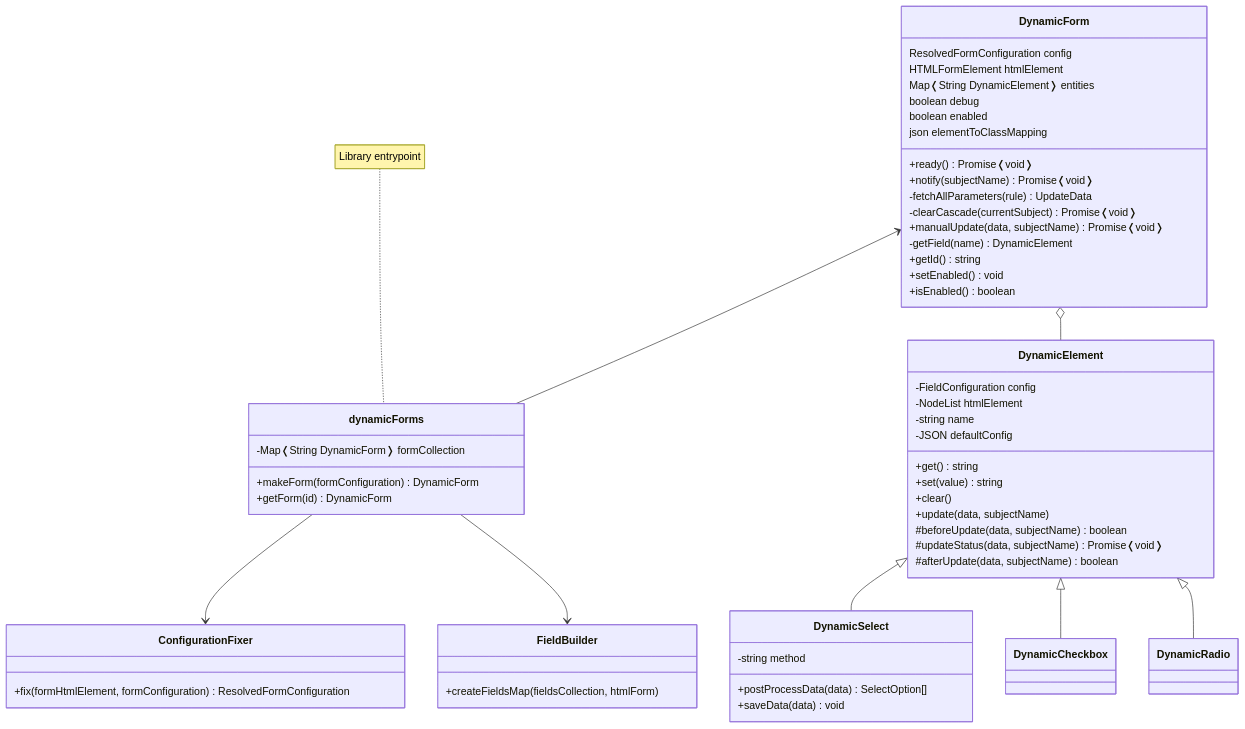
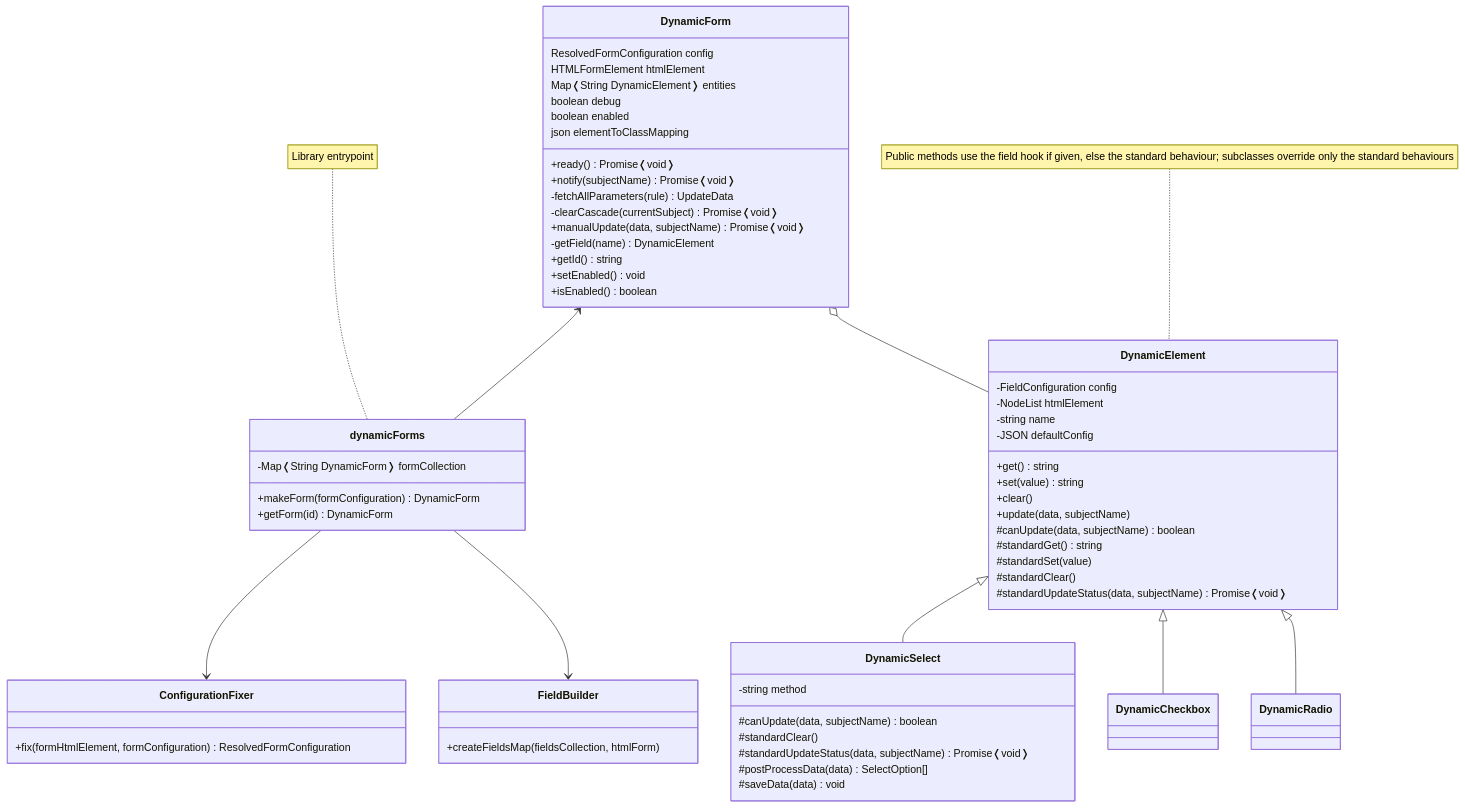
The diagram in docs/dev/contribute.md (simomosi/dynamic-forms), drawn with Mermaid before and after one commit. The commit also changed 9 other files, not shown here.

First line of the commit message:
Check field hooks once, and keep clearOnParentVoid out of beforeUpdate

````diff
--- a/docs/dev/contribute.md
+++ b/docs/dev/contribute.md
@@ -41,69 +41,76 @@
 ```mermaid
 classDiagram
 
     class DynamicForm {
         ResolvedFormConfiguration config
         HTMLFormElement htmlElement
         Map❬String DynamicElement❭ entities
         boolean debug
         boolean enabled
         json elementToClassMapping
 
         +ready() Promise❬void❭
         +notify(subjectName) Promise❬void❭
         -fetchAllParameters(rule) UpdateData
         -clearCascade(currentSubject) Promise❬void❭
         +manualUpdate(data, subjectName) Promise❬void❭
         -getField(name) DynamicElement
         +getId() string
         +setEnabled() void
         +isEnabled() boolean
     }
 
     class dynamicForms {
         -Map❬String DynamicForm❭ formCollection
         +makeForm(formConfiguration) DynamicForm
         +getForm(id) DynamicForm
     }
 
     note for dynamicForms "Library entrypoint"
 
     class ConfigurationFixer {
         +fix(formHtmlElement, formConfiguration) ResolvedFormConfiguration
     }
 
     class FieldBuilder {
         +createFieldsMap(fieldsCollection, htmlForm)
     }
 
     class DynamicElement {
         -FieldConfiguration config
         -NodeList htmlElement
         -string name
         -JSON defaultConfig
         +get() string
         +set(value) string
         +clear()
         +update(data, subjectName)
-        #beforeUpdate(data, subjectName) boolean
-        #updateStatus(data, subjectName) Promise❬void❭
-        #afterUpdate(data, subjectName) boolean
+        #canUpdate(data, subjectName) boolean
+        #standardGet() string
+        #standardSet(value)
+        #standardClear()
+        #standardUpdateStatus(data, subjectName) Promise❬void❭
     }
+
+    note for DynamicElement "Public methods use the field hook if given, else the standard behaviour; subclasses override only the standard behaviours"
 
     class DynamicSelect {
         -string method
-        +postProcessData(data) SelectOption[]
-        +saveData(data) void
+        #canUpdate(data, subjectName) boolean
+        #standardClear()
+        #standardUpdateStatus(data, subjectName) Promise❬void❭
+        #postProcessData(data) SelectOption[]
+        #saveData(data) void
     }
 
     dynamicForms --> ConfigurationFixer
     dynamicForms --> FieldBuilder
 
     DynamicForm <-- dynamicForms
     DynamicForm o-- DynamicElement
 
     DynamicElement <|-- DynamicSelect
     DynamicElement <|-- DynamicCheckbox
     DynamicElement <|-- DynamicRadio
 
 ```
````
